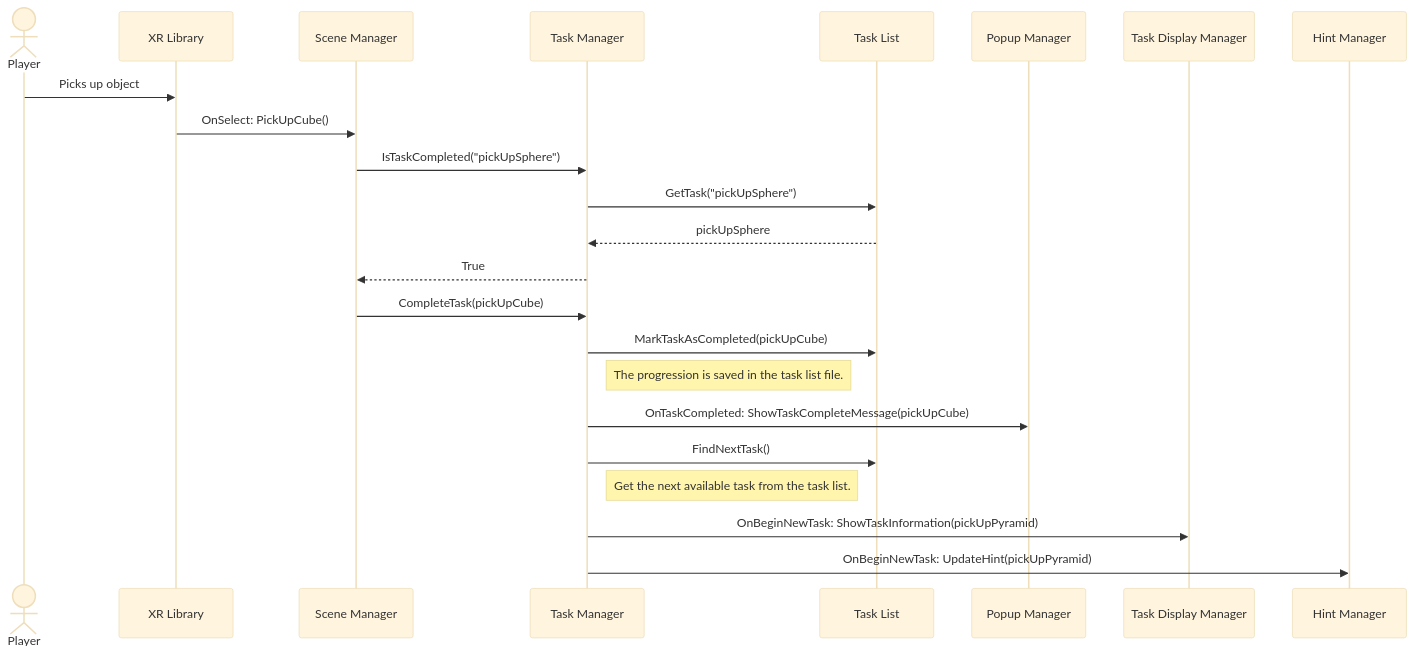
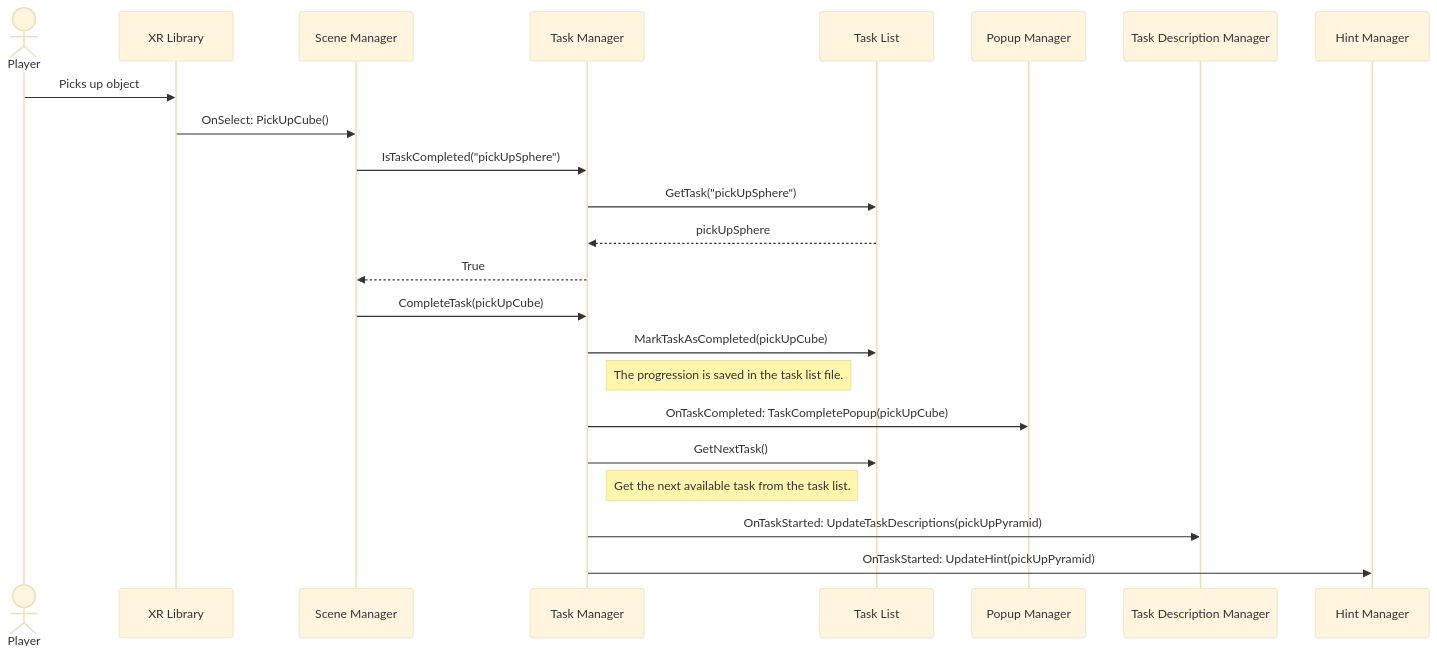
Before and after one commit to FarmasiaVR/farmasia-vr: the second of 3 diagrams in Docs/Architecture/architecture.md, drawn with Mermaid (base theme). The commit also changed other lines of this file and 2 other files, not shown here.

Commit message:
Updated some docs

````diff
--- a/Docs/Architecture/architecture.md
+++ b/Docs/Architecture/architecture.md
@@ -36,19 +36,19 @@
 ``` mermaid
 sequenceDiagram
     actor Player
 
     Player ->> XR Library: Picks up object
     XR Library ->> Scene Manager: OnSelect: PickUpCube()
     Scene Manager ->> Task Manager: IsTaskCompleted("pickUpSphere")
     Task Manager ->> Task List: GetTask("pickUpSphere")
     Task List -->> Task Manager: pickUpSphere
     Task Manager -->> Scene Manager: True
     Scene Manager ->> Task Manager: CompleteTask(pickUpCube)
     Task Manager ->> Task List: MarkTaskAsCompleted(pickUpCube)
     Note right of Task Manager: The progression is saved in the task list file.
-    Task Manager ->> Popup Manager: OnTaskCompleted: ShowTaskCompleteMessage(pickUpCube)
-    Task Manager ->> Task List: FindNextTask()
+    Task Manager ->> Popup Manager: OnTaskCompleted: TaskCompletePopup(pickUpCube)
+    Task Manager ->> Task List: GetNextTask()
     Note right of Task Manager: Get the next available task from the task list.
-    Task Manager ->> Task Display Manager: OnBeginNewTask: ShowTaskInformation(pickUpPyramid)
-    Task Manager ->> Hint Manager: OnBeginNewTask: UpdateHint(pickUpPyramid)
+    Task Manager ->> Task Description Manager: OnTaskStarted: UpdateTaskDescriptions(pickUpPyramid)
+    Task Manager ->> Hint Manager: OnTaskStarted: UpdateHint(pickUpPyramid)
 ```
````
